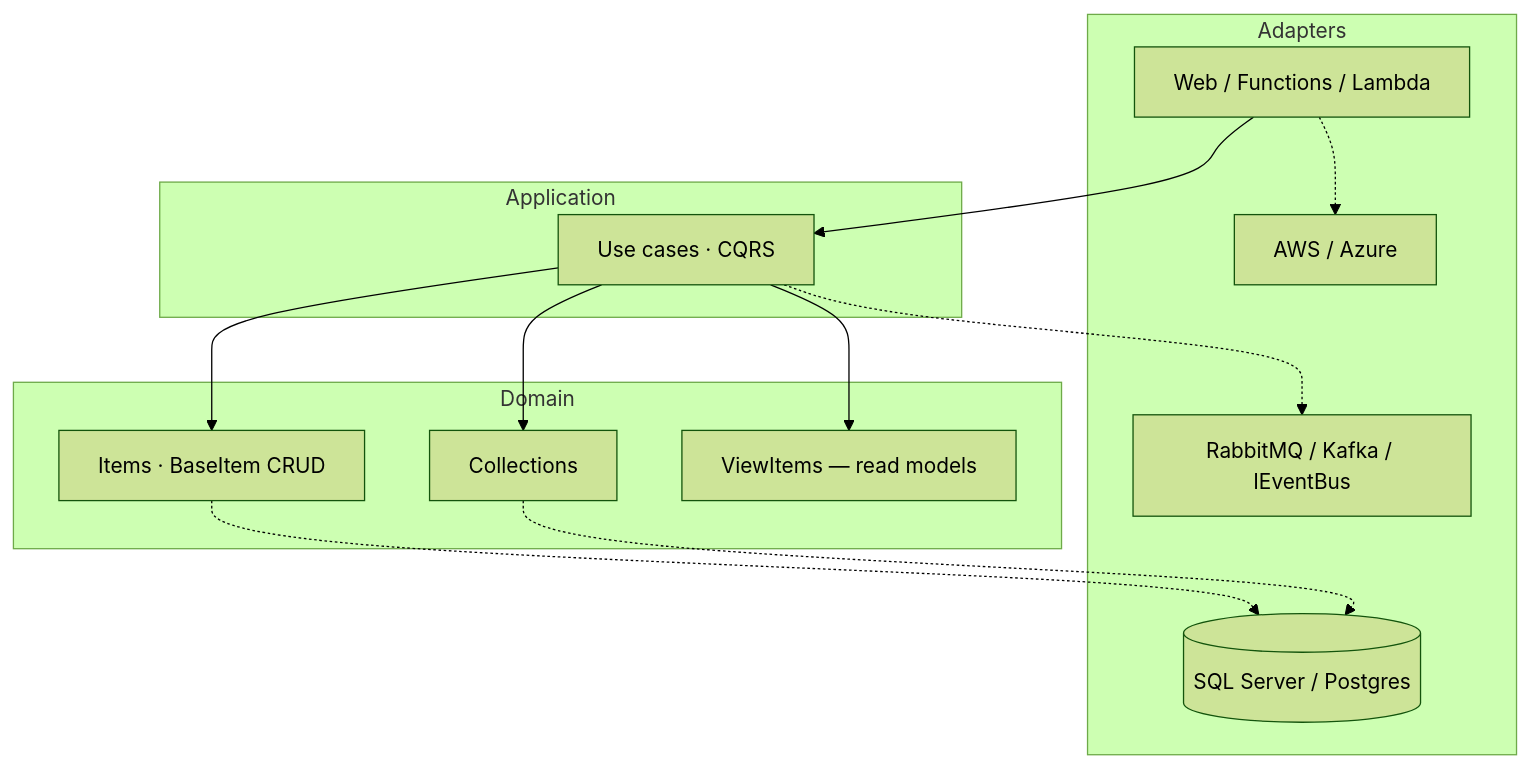
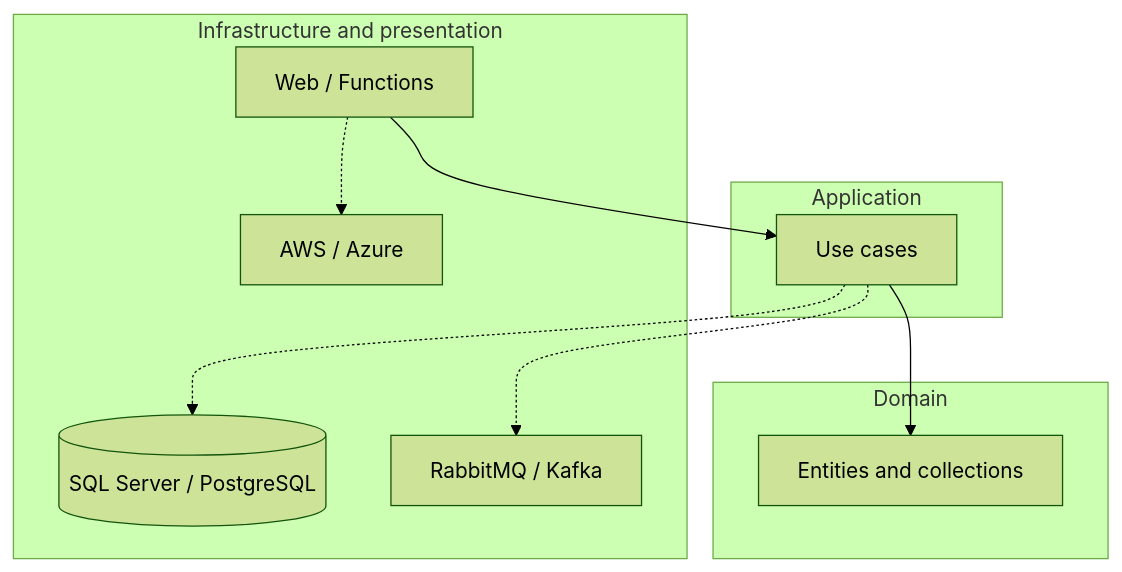
Before and after one commit to franselstadt/franselstadt: the diagram in README.md, drawn with Mermaid (forest theme). The commit also changed other lines of this file, not shown here.

````diff
--- a/README.md
+++ b/README.md
@@ -140,25 +84,20 @@
 ```mermaid
 flowchart TB
-  subgraph outer [Adapters]
-    UI[Web / Functions / Lambda]
-    SQL[(SQL Server / Postgres)]
-    BUS[RabbitMQ / Kafka / IEventBus]
+  subgraph adapters [Infrastructure and presentation]
+    UI[Web / Functions]
+    SQL[(SQL Server / PostgreSQL)]
+    BUS[RabbitMQ / Kafka]
     CLOUD[AWS / Azure]
   end
-  subgraph app [Application]
-    UC[Use cases · CQRS]
+  subgraph application [Application]
+    UC[Use cases]
   end
   subgraph domain [Domain]
-    ITEMS[Items · BaseItem CRUD]
-    COLS[Collections]
-    VIEWS[ViewItems — read models]
+    M[Entities and collections]
   end
   UI --> UC
-  UC --> ITEMS
-  UC --> COLS
-  UC --> VIEWS
-  ITEMS -.-> SQL
-  COLS -.-> SQL
+  UC --> M
+  UC -.-> SQL
   UC -.-> BUS
   UI -.-> CLOUD
 ```
````
